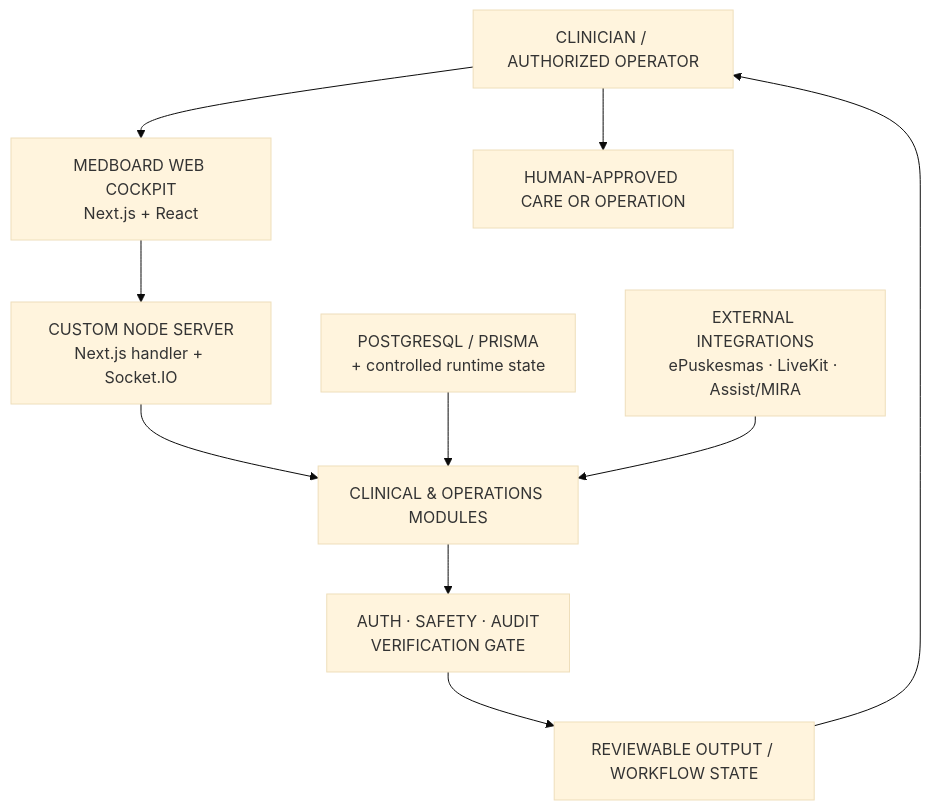
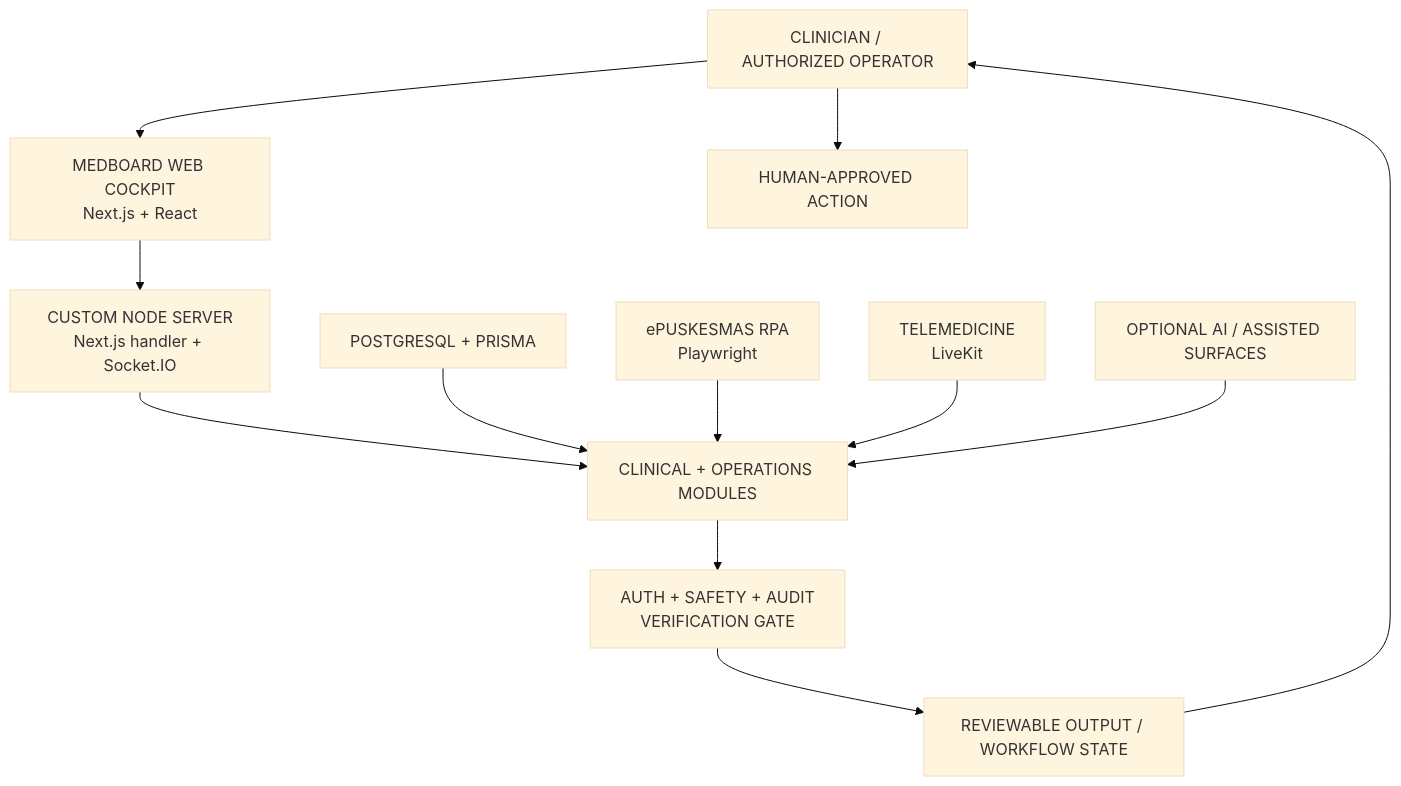
Before and after one commit to drferdi/Medboard: the first of 2 diagrams in README.md, drawn with Mermaid (base theme). The commit also changed other lines of this file, not shown here.

```diff
--- a/README.md
+++ b/README.md
@@ -172,22 +95,26 @@
 ~~~mermaid
 flowchart TB
   HUMAN["CLINICIAN / AUTHORIZED OPERATOR"]
-  WEB["MEDBOARD WEB COCKPIT<br/>Next.js + React"]
+  UI["MEDBOARD WEB COCKPIT<br/>Next.js + React"]
   SERVER["CUSTOM NODE SERVER<br/>Next.js handler + Socket.IO"]
-  DOMAIN["CLINICAL & OPERATIONS MODULES"]
-  DATA["POSTGRESQL / PRISMA<br/>+ controlled runtime state"]
-  EXT["EXTERNAL INTEGRATIONS<br/>ePuskesmas · LiveKit · Assist/MIRA"]
-  GATE["AUTH · SAFETY · AUDIT<br/>VERIFICATION GATE"]
+  DOMAIN["CLINICAL + OPERATIONS MODULES"]
+  DB["POSTGRESQL + PRISMA"]
+  EMR["ePUSKESMAS RPA<br/>Playwright"]
+  VIDEO["TELEMEDICINE<br/>LiveKit"]
+  AI["OPTIONAL AI / ASSISTED SURFACES"]
+  GATE["AUTH + SAFETY + AUDIT<br/>VERIFICATION GATE"]
   OUT["REVIEWABLE OUTPUT / WORKFLOW STATE"]
-  ACTION["HUMAN-APPROVED CARE OR OPERATION"]
+  ACTION["HUMAN-APPROVED ACTION"]
 
-  HUMAN --> WEB
-  WEB --> SERVER
+  HUMAN --> UI
+  UI --> SERVER
   SERVER --> DOMAIN
-  DATA --> DOMAIN
-  EXT --> DOMAIN
+  DB --> DOMAIN
+  EMR --> DOMAIN
+  VIDEO --> DOMAIN
+  AI --> DOMAIN
   DOMAIN --> GATE
   GATE --> OUT
   OUT --> HUMAN
   HUMAN --> ACTION
 ~~~
```
